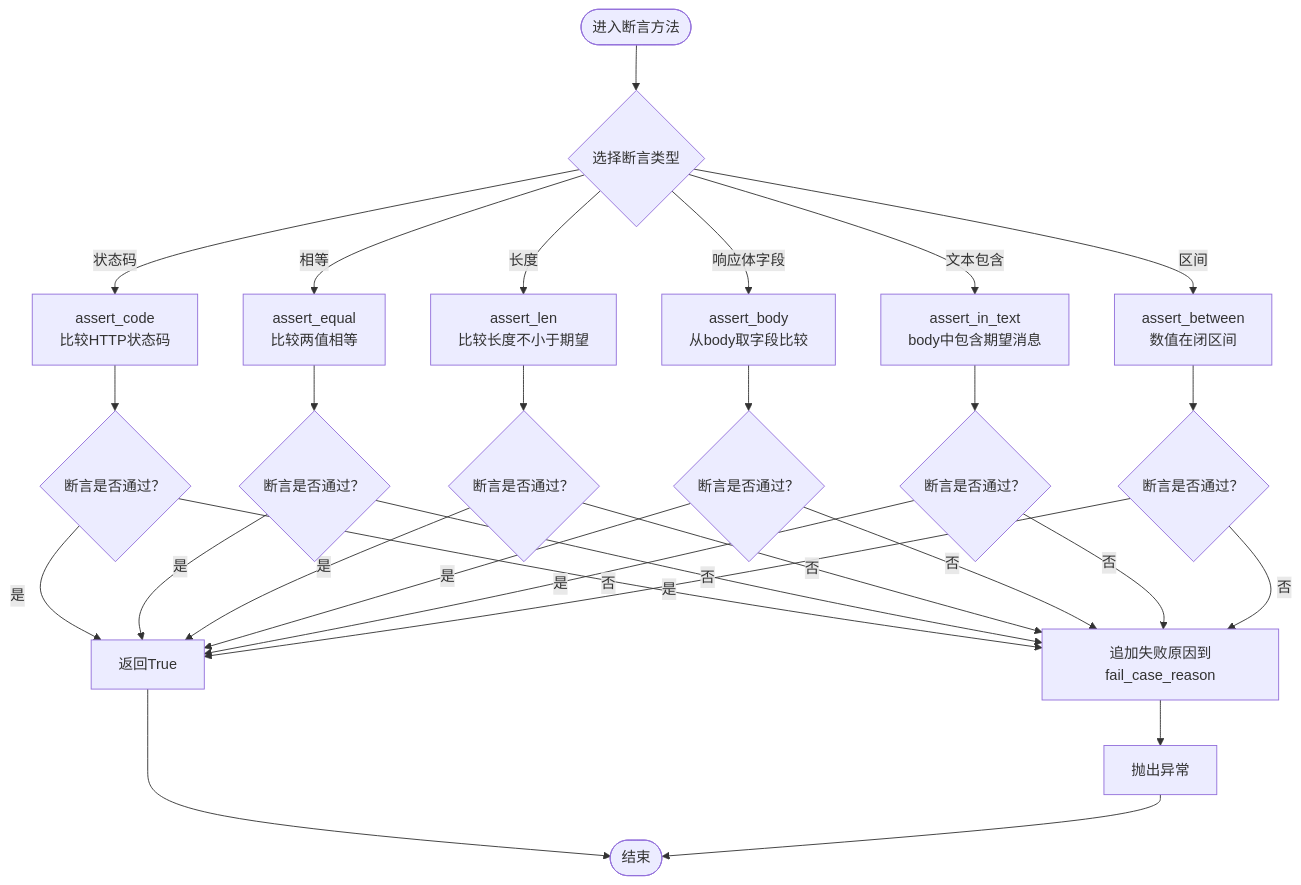
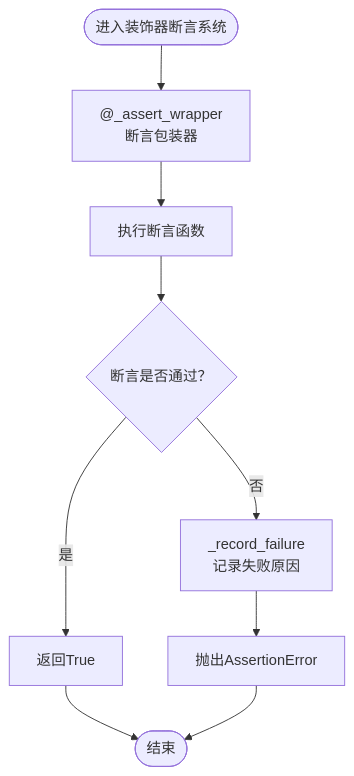
One commit to liximing1-ola/qa-payTest changed the third of 4 diagrams in .qoder/repowiki/zh/content/核心模块/断言验证模块.md. Above: the diagram before and after it, drawn with Mermaid. The commit also changed other lines of this file and 13 other files, not shown here.

````diff
--- a/.qoder/repowiki/zh/content/核心模块/断言验证模块.md
+++ b/.qoder/repowiki/zh/content/核心模块/断言验证模块.md
@@ -179,31 +247,11 @@
 ```mermaid
 flowchart TD
-Start(["进入断言方法"]) --> Choose{"选择断言类型"}
-Choose --> |状态码| Code["assert_code<br/>比较HTTP状态码"]
-Choose --> |相等| Equal["assert_equal<br/>比较两值相等"]
-Choose --> |长度| Len["assert_len<br/>比较长度不小于期望"]
-Choose --> |响应体字段| Body["assert_body<br/>从body取字段比较"]
-Choose --> |文本包含| InText["assert_in_text<br/>body中包含期望消息"]
-Choose --> |区间| Between["assert_between<br/>数值在闭区间"]
-Code --> CheckCode{"断言是否通过？"}
-Equal --> CheckEq{"断言是否通过？"}
-Len --> CheckLen{"断言是否通过？"}
-Body --> CheckBody{"断言是否通过？"}
-InText --> CheckIn{"断言是否通过？"}
-Between --> CheckBetween{"断言是否通过？"}
-CheckCode --> |是| ReturnTrue["返回True"]
-CheckEq --> |是| ReturnTrue
-CheckLen --> |是| ReturnTrue
-CheckBody --> |是| ReturnTrue
-CheckIn --> |是| ReturnTrue
-CheckBetween --> |是| ReturnTrue
-CheckCode --> |否| AppendFail["追加失败原因到fail_case_reason"]
-CheckEq --> |否| AppendFail
-CheckLen --> |否| AppendFail
-CheckBody --> |否| AppendFail
-CheckIn --> |否| AppendFail
-CheckBetween --> |否| AppendFail
-AppendFail --> Raise["抛出异常"]
-ReturnTrue --> End(["结束"])
+Start(["进入装饰器断言系统"]) --> Wrapper["@_assert_wrapper<br/>断言包装器"]
+Wrapper --> Try["执行断言函数"]
+Try --> Check{"断言是否通过？"}
+Check --> |是| Success["返回True"]
+Check --> |否| Record["_record_failure<br/>记录失败原因"]
+Record --> Raise["抛出AssertionError"]
+Success --> End(["结束"])
 Raise --> End
 ```
````
